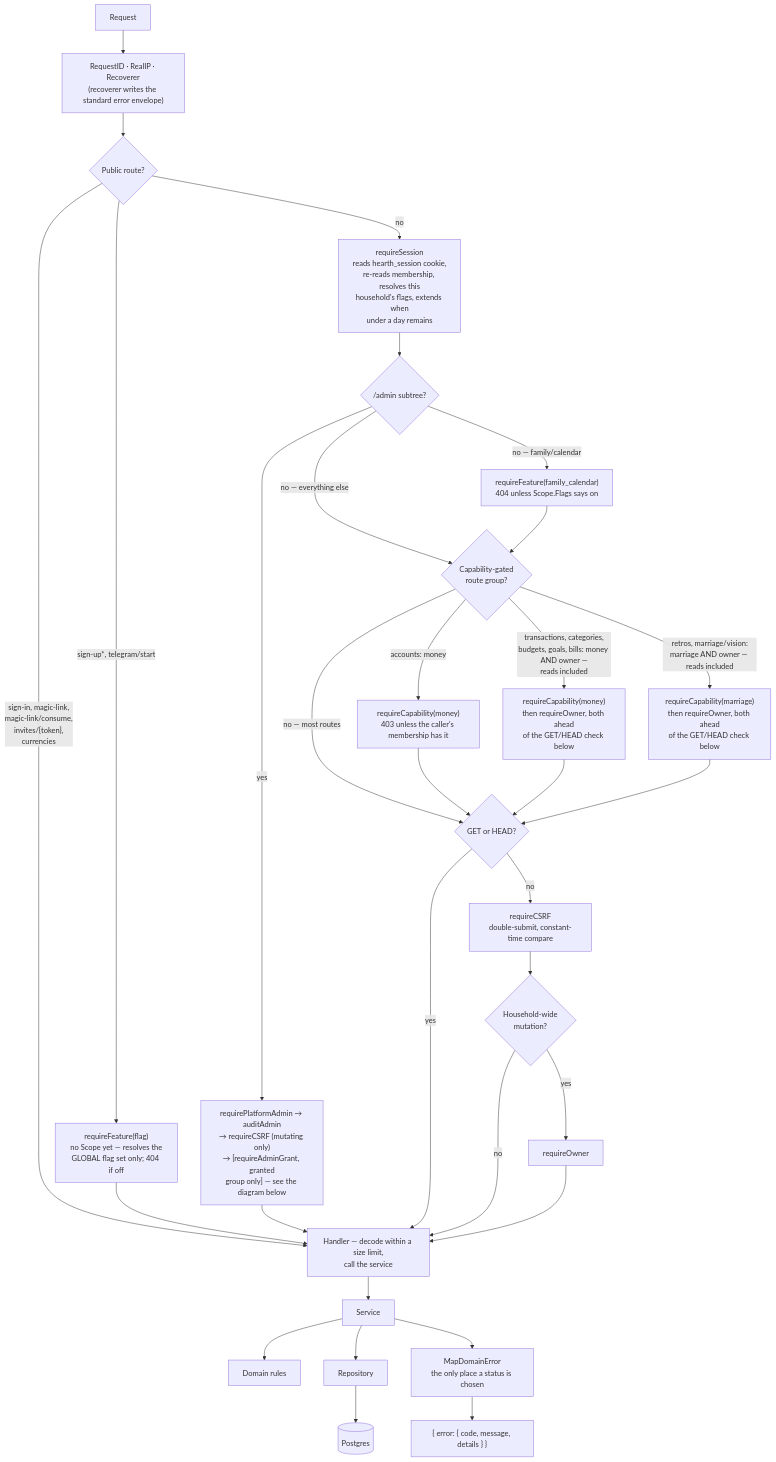
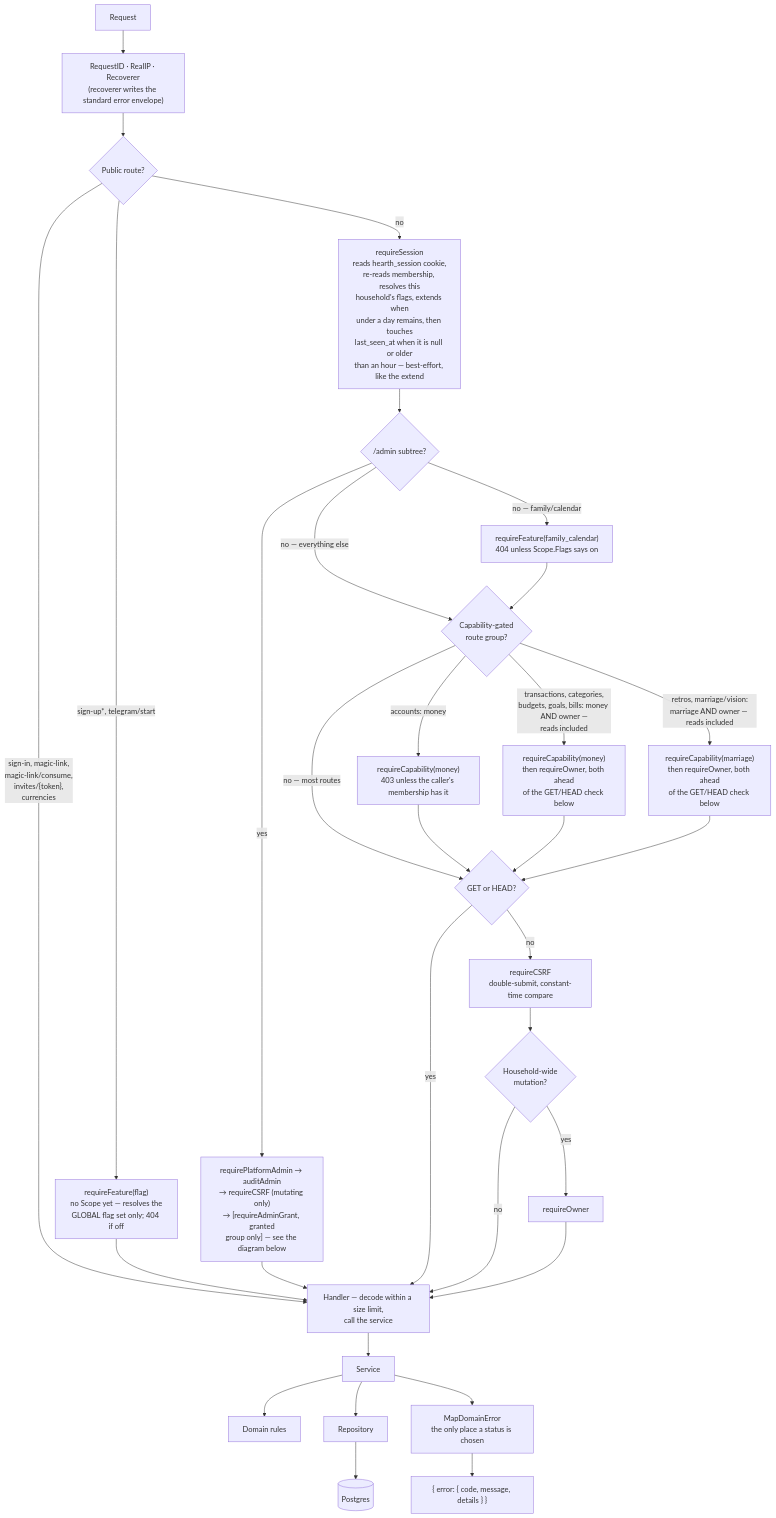
One commit to oandrz/Household changed the fourth of 19 diagrams in docs/SYSTEM_DESIGN.md. Above: the diagram before and after it, drawn with Mermaid. The commit also changed other lines of this file and 46 other files, not shown here.

````diff
--- a/docs/SYSTEM_DESIGN.md
+++ b/docs/SYSTEM_DESIGN.md
@@ -564,39 +589,39 @@
 ```mermaid
 graph TD
     Req["Request"] --> RID["RequestID · RealIP · Recoverer<br/>(recoverer writes the standard error envelope)"]
     RID --> Public{"Public route?"}
 
     Public -->|"sign-in, magic-link,<br/>magic-link/consume,<br/>invites/{token},<br/>currencies"| Handler
     Public -->|"sign-up*, telegram/start"| PublicFeature["requireFeature(flag)<br/>no Scope yet — resolves the<br/>GLOBAL flag set only; 404 if off"]
     PublicFeature --> Handler
-    Public -->|no| Session["requireSession<br/>reads hearth_session cookie,<br/>re-reads membership, resolves this<br/>household's flags, extends when<br/>under a day remains"]
+    Public -->|no| Session["requireSession<br/>reads hearth_session cookie,<br/>re-reads membership, resolves this<br/>household's flags, extends when<br/>under a day remains, then touches<br/>last_seen_at when it is null or older<br/>than an hour — best-effort, like the extend"]
 
     Session --> RouteKind{"/admin subtree?"}
     RouteKind -->|yes| AdminChain["requirePlatformAdmin → auditAdmin<br/>→ requireCSRF (mutating only)<br/>→ [requireAdminGrant, granted<br/>group only] — see the diagram below"]
     AdminChain --> Handler
     RouteKind -->|"no — family/calendar"| RequireFeature["requireFeature(family_calendar)<br/>404 unless Scope.Flags says on"]
     RouteKind -->|"no — everything else"| Cap{"Capability-gated<br/>route group?"}
     RequireFeature --> Cap
 
     Cap -->|"accounts: money"| RequireCap["requireCapability(money)<br/>403 unless the caller's membership has it"]
     Cap -->|"transactions, categories,<br/>budgets, goals, bills: money AND owner —<br/>reads included"| RequireCapTxn["requireCapability(money)<br/>then requireOwner, both ahead<br/>of the GET/HEAD check below"]
     Cap -->|"retros, marriage/vision:<br/>marriage AND owner — reads included"| RequireCapRetro["requireCapability(marriage)<br/>then requireOwner, both ahead<br/>of the GET/HEAD check below"]
     Cap -->|"no — most routes"| Safe{"GET or HEAD?"}
     RequireCap --> Safe
     RequireCapTxn --> Safe
     RequireCapRetro --> Safe
     Safe -->|yes| Handler
     Safe -->|no| CSRF["requireCSRF<br/>double-submit, constant-time compare"]
 
     CSRF --> Owner{"Household-wide<br/>mutation?"}
     Owner -->|yes| RequireOwner["requireOwner"]
     Owner -->|no| Handler
     RequireOwner --> Handler
 
     Handler["Handler — decode within a size limit,<br/>call the service"] --> Service["Service"]
     Service --> Domain["Domain rules"]
     Service --> Repo["Repository"]
     Repo --> DB[("Postgres")]
     Service --> MapErr["MapDomainError<br/>the only place a status is chosen"]
     MapErr --> Resp["{ error: { code, message, details } }"]
 ```
````
